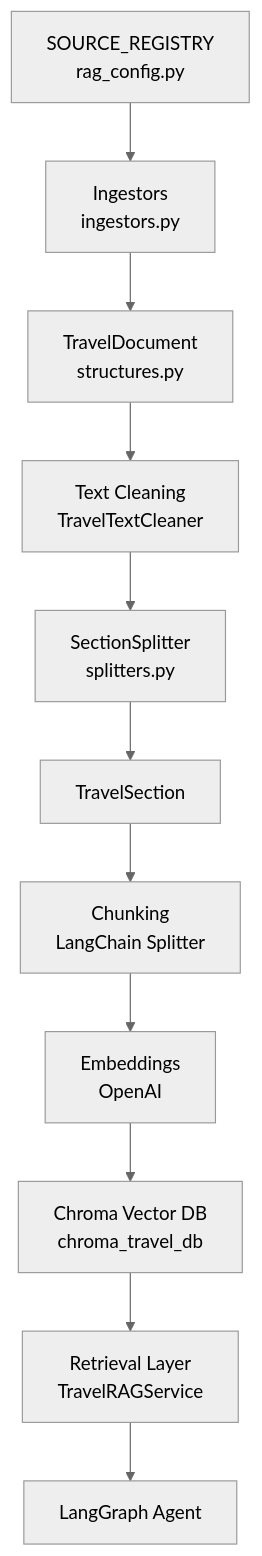
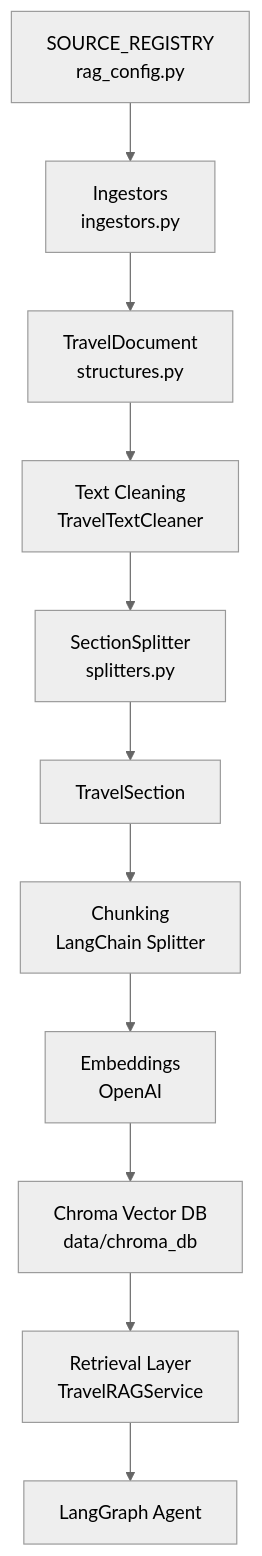
Before and after one commit to josiashdezp/Autonomous_Agentic_AI_Project_T4: the diagram in rag/README.md, drawn with Mermaid (neutral theme). The commit also changed other lines of this file, not shown here.

First line of the commit message:
Revise README for Travel RAG Module

````diff
--- a/rag/README.md
+++ b/rag/README.md
@@ -148,23 +150,23 @@
 ```mermaid
 flowchart TD
 
     A[SOURCE_REGISTRY<br>rag_config.py] --> B[Ingestors<br>ingestors.py]
 
     B --> C[TravelDocument<br>structures.py]
 
     C --> D[Text Cleaning<br>TravelTextCleaner]
 
     D --> E[SectionSplitter<br>splitters.py]
 
     E --> F[TravelSection]
 
     F --> G[Chunking<br>LangChain Splitter]
 
     G --> H[Embeddings<br>OpenAI]
 
-    H --> I[Chroma Vector DB<br>chroma_travel_db]
+    H --> I[Chroma Vector DB<br>data/chroma_db]
 
     I --> J[Retrieval Layer<br>TravelRAGService]
 
     J --> K[LangGraph Agent]
 ```
````
